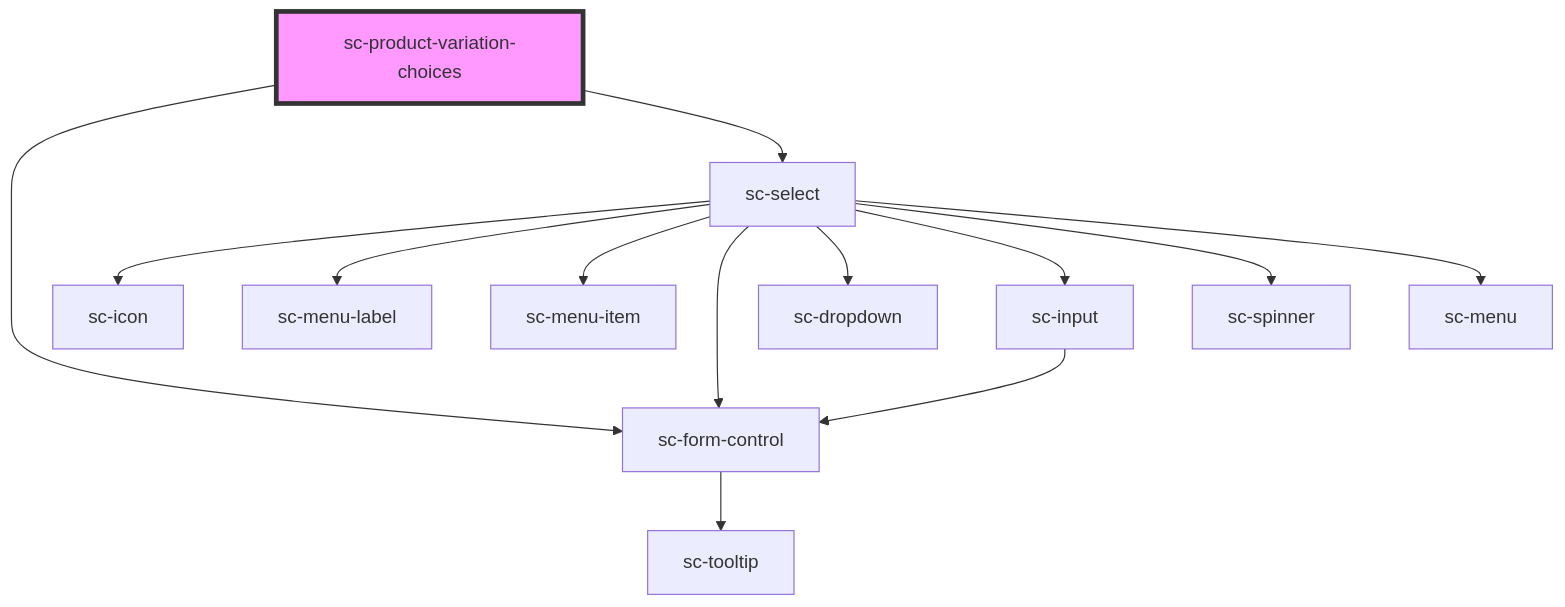
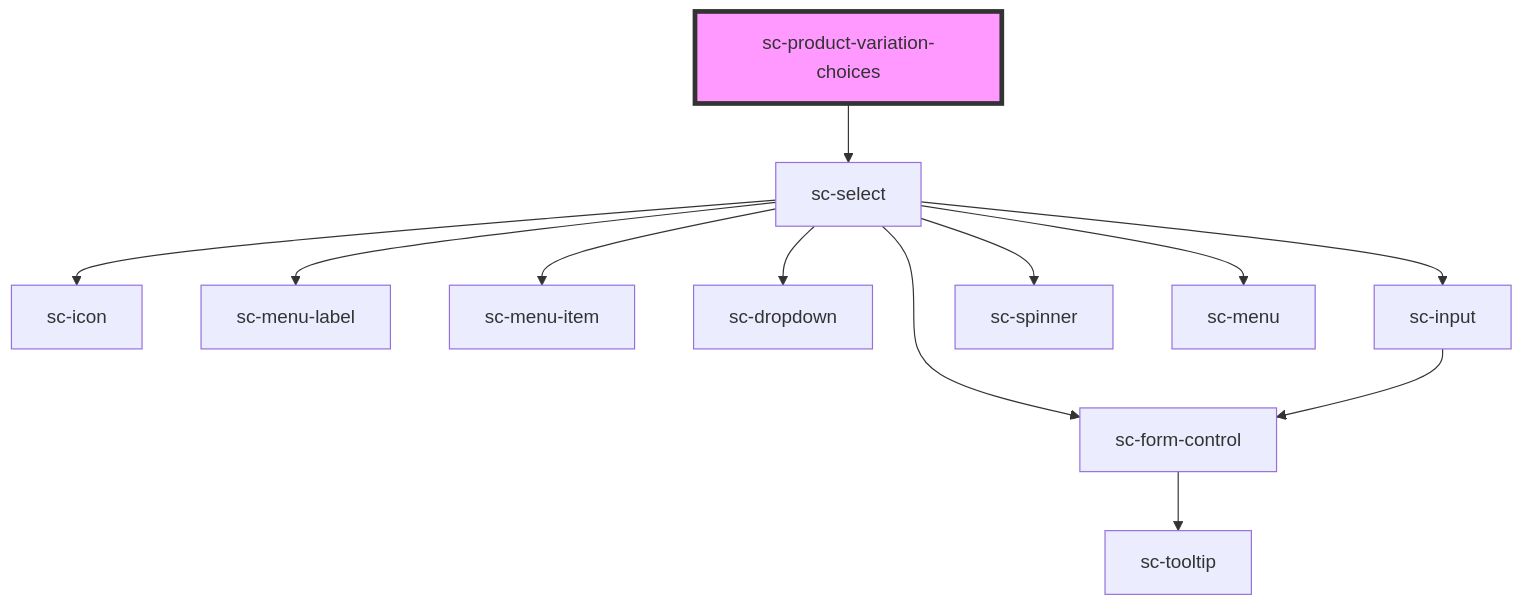
Before and after one commit to surecart/surecart-wp-plugin: the diagram in packages/components/src/components/controllers/product/sc-product-variation-choices/readme.md, drawn with Mermaid. The commit also changed other lines of this file and 5 other files, not shown here.

````diff
--- a/packages/components/src/components/controllers/product/sc-product-variation-choices/readme.md
+++ b/packages/components/src/components/controllers/product/sc-product-variation-choices/readme.md
@@ -31,16 +22,15 @@
 ```mermaid
 graph TD;
-  sc-product-variation-choices --> sc-form-control
   sc-product-variation-choices --> sc-select
-  sc-form-control --> sc-tooltip
   sc-select --> sc-icon
   sc-select --> sc-menu-label
   sc-select --> sc-menu-item
   sc-select --> sc-form-control
   sc-select --> sc-dropdown
   sc-select --> sc-input
   sc-select --> sc-spinner
   sc-select --> sc-menu
+  sc-form-control --> sc-tooltip
   sc-input --> sc-form-control
   style sc-product-variation-choices fill:#f9f,stroke:#333,stroke-width:4px
 ```
````
